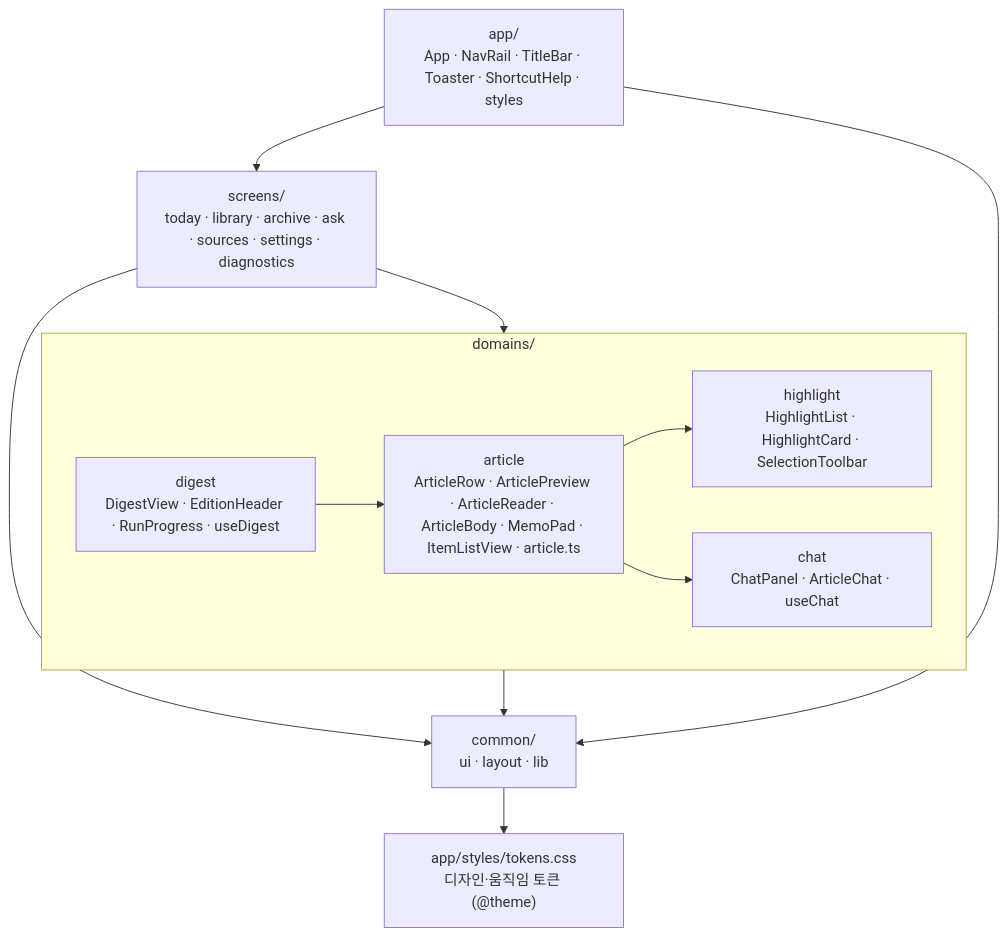
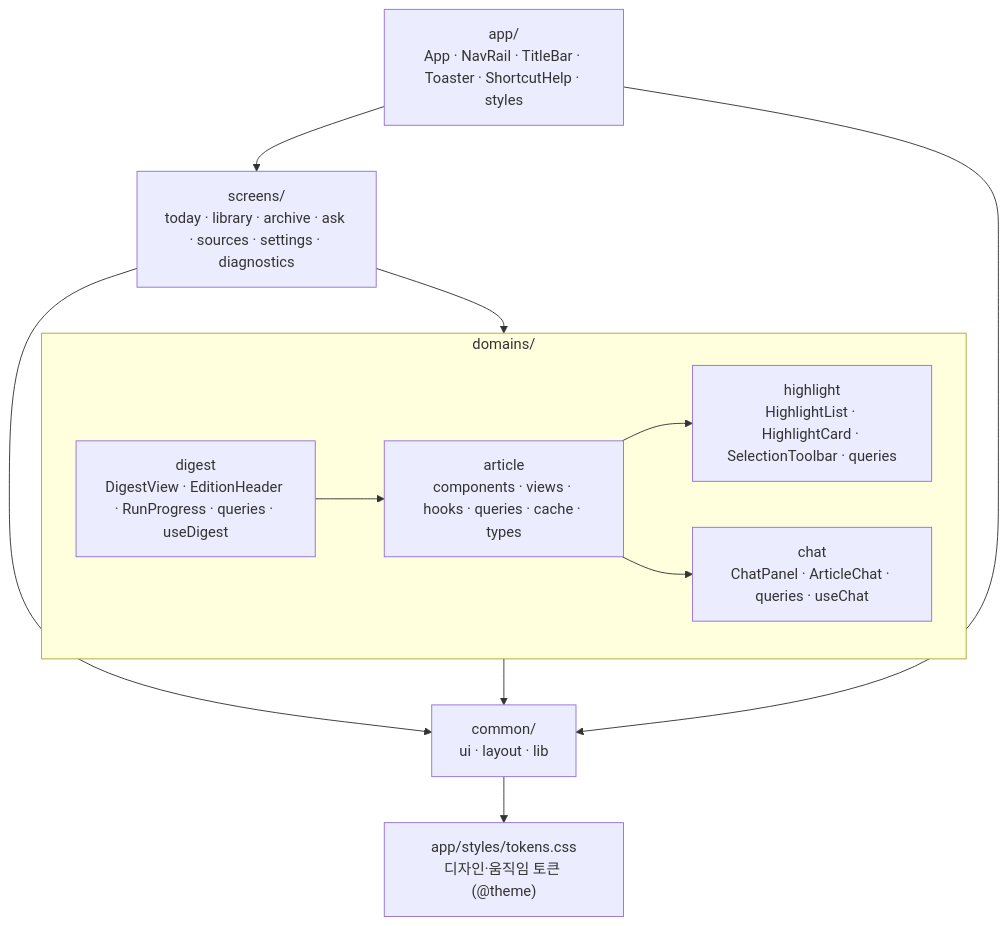
One commit to EPIGEXE/jogan-news changed the fifth of 13 diagrams in docs/README.md. Above: the diagram before and after it, drawn with Mermaid. The commit also changed other lines of this file and 103 other files, not shown here.

````diff
--- a/docs/README.md
+++ b/docs/README.md
@@ -214,14 +214,14 @@
 ```mermaid
 flowchart TB
   app["app/<br/>App · NavRail · TitleBar · Toaster · ShortcutHelp · styles"] --> screens
   screens["screens/<br/>today · library · archive · ask · sources · settings · diagnostics"] --> domains
   subgraph domains["domains/"]
-    digest["digest<br/>DigestView · EditionHeader · RunProgress · useDigest"] --> article
-    article["article<br/>ArticleRow · ArticlePreview · ArticleReader · ArticleBody · MemoPad · ItemListView · article.ts"] --> highlight["highlight<br/>HighlightList · HighlightCard · SelectionToolbar"]
-    article --> chat["chat<br/>ChatPanel · ArticleChat · useChat"]
+    digest["digest<br/>DigestView · EditionHeader · RunProgress · queries · useDigest"] --> article
+    article["article<br/>components · views · hooks · queries · cache · types"] --> highlight["highlight<br/>HighlightList · HighlightCard · SelectionToolbar · queries"]
+    article --> chat["chat<br/>ChatPanel · ArticleChat · queries · useChat"]
   end
   domains --> common["common/<br/>ui · layout · lib"]
   screens --> common
   app --> common
   common --> tokens["app/styles/tokens.css<br/>디자인·움직임 토큰 (@theme)"]
 ```
````
